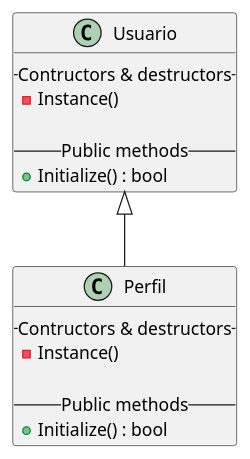
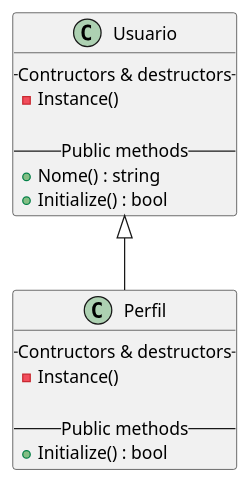
Before and after one commit to ArturJD/UML-in-Markdown: the diagram in UML/Instance.puml, drawn with PlantUML.

```diff
--- a/UML/Instance.puml
+++ b/UML/Instance.puml
@@ -1,21 +1,22 @@
 @startuml
 
 Usuario <|-- Perfil
 
 class Usuario {
     -- Contructors & destructors --
     - Instance()
     
     -- Public methods --
+    + Nome() : string
     + Initialize() : bool
 }
 
 class Perfil {
     -- Contructors & destructors --
     - Instance()
     
     -- Public methods --
     + Initialize() : bool
 }
 
 @enduml
```
